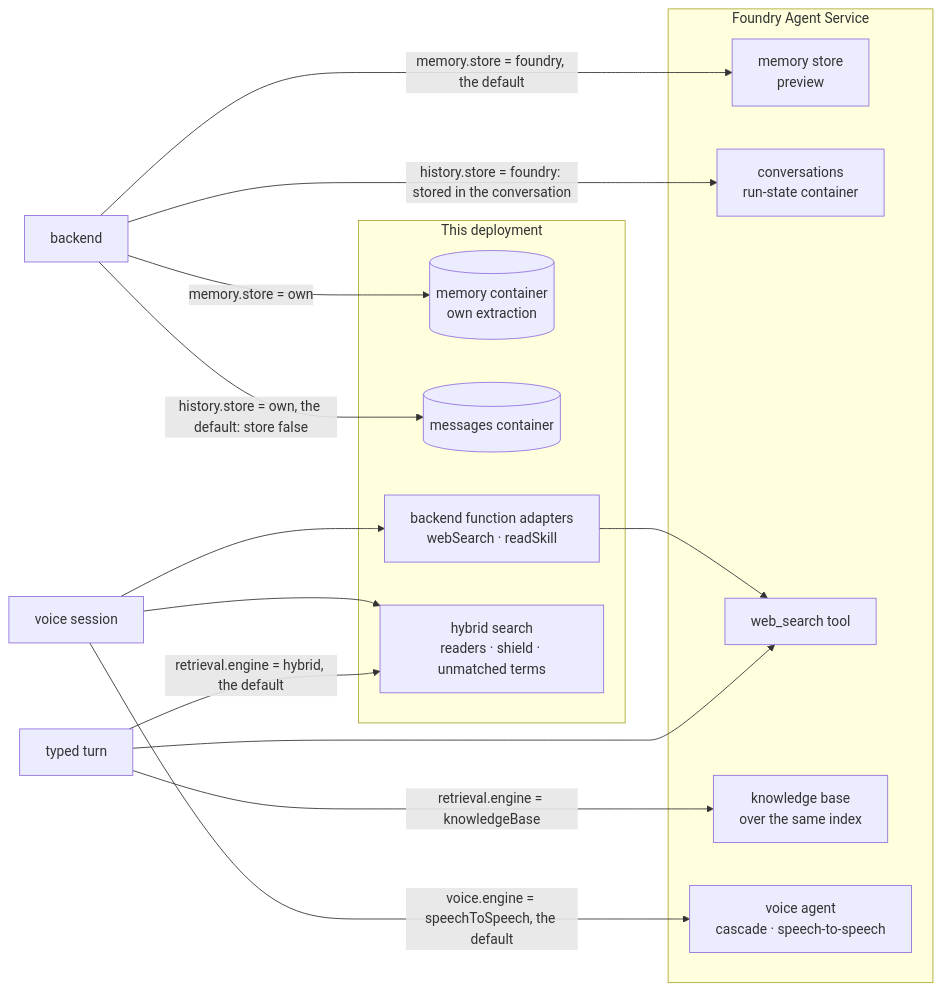
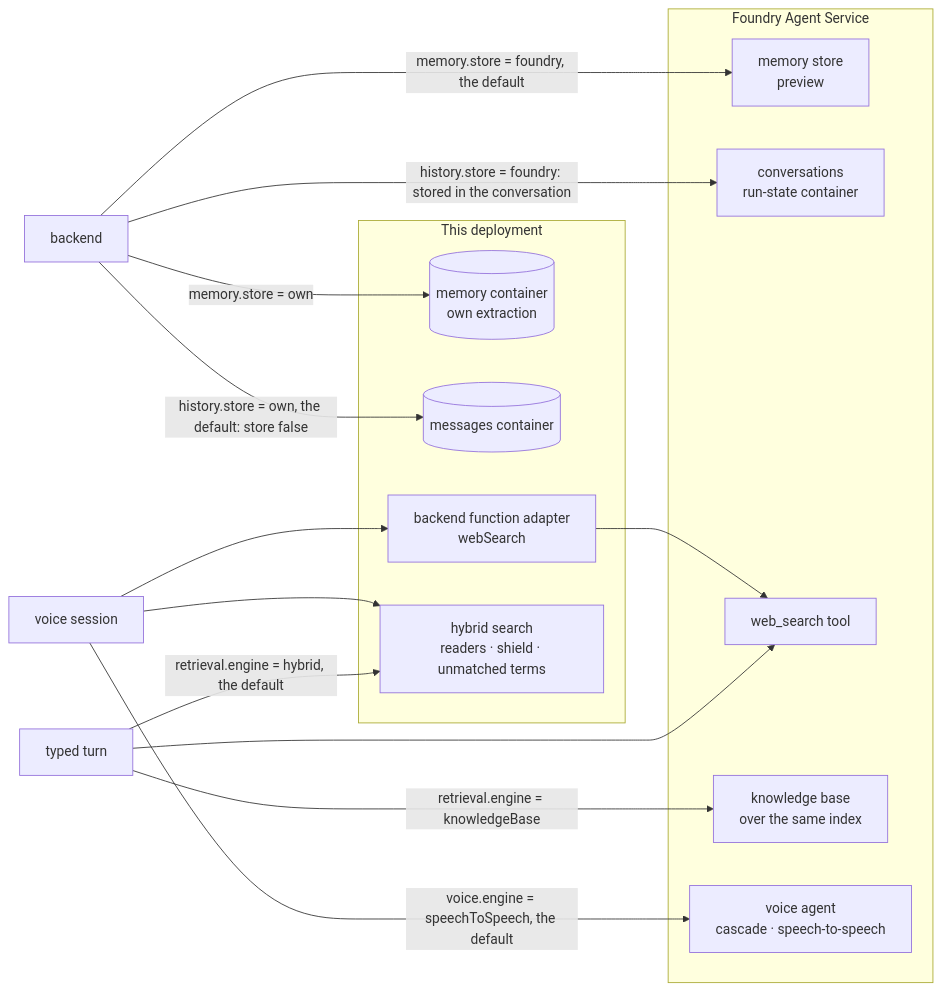
Before and after one commit to Impact-AI/foundry-agents: the sixth of 6 diagrams in docs/architecture.md, drawn with Mermaid. The commit also changed other lines of this file and 44 other files, not shown here.

First line of the commit message:
Keep skills in Cosmos DB and read them through one function tool (#12)

````diff
--- a/docs/architecture.md
+++ b/docs/architecture.md
@@ -391,26 +391,26 @@
 ```mermaid
 flowchart LR
   subgraph foundry [Foundry Agent Service]
     mem[memory store<br/>preview]
     conv[conversations<br/>run-state container]
     web[web_search tool]
     kb[knowledge base<br/>over the same index]
     va[voice agent<br/>cascade · speech-to-speech]
   end
   subgraph deployment [This deployment]
     own[(memory container<br/>own extraction)]
     msgs[(messages container)]
-    adapters[backend function adapters<br/>webSearch · readSkill]
+    adapters[backend function adapter<br/>webSearch]
     hybrid[hybrid search<br/>readers · shield · unmatched terms]
   end
   backend[backend] -->|memory.store = foundry, the default| mem
   backend -->|memory.store = own| own
   backend -->|history.store = own, the default: store false| msgs
   backend -->|history.store = foundry: stored in the conversation| conv
   typed[typed turn] --> web
   voice[voice session] -->|voice.engine = speechToSpeech, the default| va
   voice --> adapters --> web
   typed -->|retrieval.engine = hybrid, the default| hybrid
   typed -->|retrieval.engine = knowledgeBase| kb
   voice --> hybrid
 ```
````
